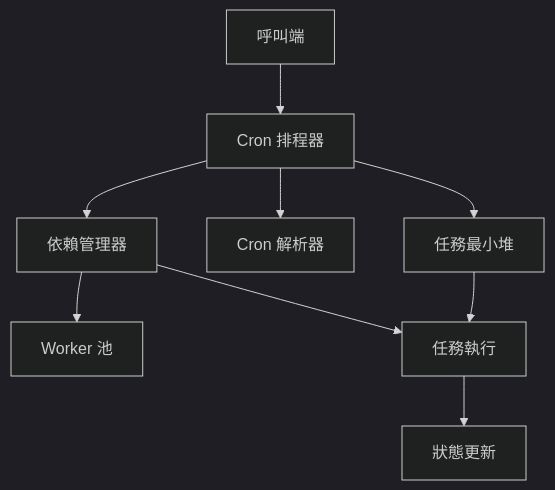
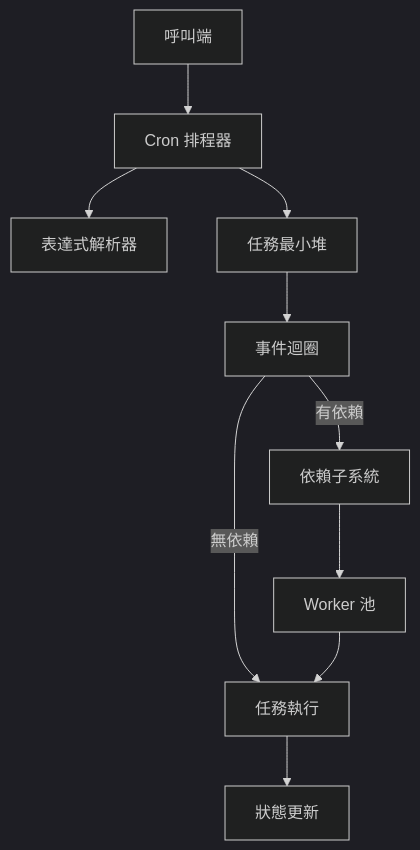
One commit to pardnchiu/go-scheduler changed the diagram in doc/README.zh.md. Above: the diagram before and after it, drawn with Mermaid (dark theme). The commit also changed other lines of this file and 6 other files, not shown here.

````diff
--- a/doc/README.zh.md
+++ b/doc/README.zh.md
@@ -43,11 +43,12 @@
 ```mermaid
 graph TB
-    Client[呼叫端] --> Cron[Cron 排程器]
+    App[呼叫端] --> Cron[Cron 排程器]
+    Cron --> Parser[表達式解析器]
     Cron --> Heap[任務最小堆]
-    Cron --> Parser[Cron 解析器]
-    Cron --> Depend[依賴管理器]
+    Heap --> Loop[事件迴圈]
+    Loop -->|無依賴| Runner[任務執行]
+    Loop -->|有依賴| Depend[依賴子系統]
     Depend --> Workers[Worker 池]
-    Heap --> Run[任務執行]
-    Depend --> Run
-    Run --> Result[狀態更新]
+    Workers --> Runner
+    Runner --> State[狀態更新]
 ```
````
